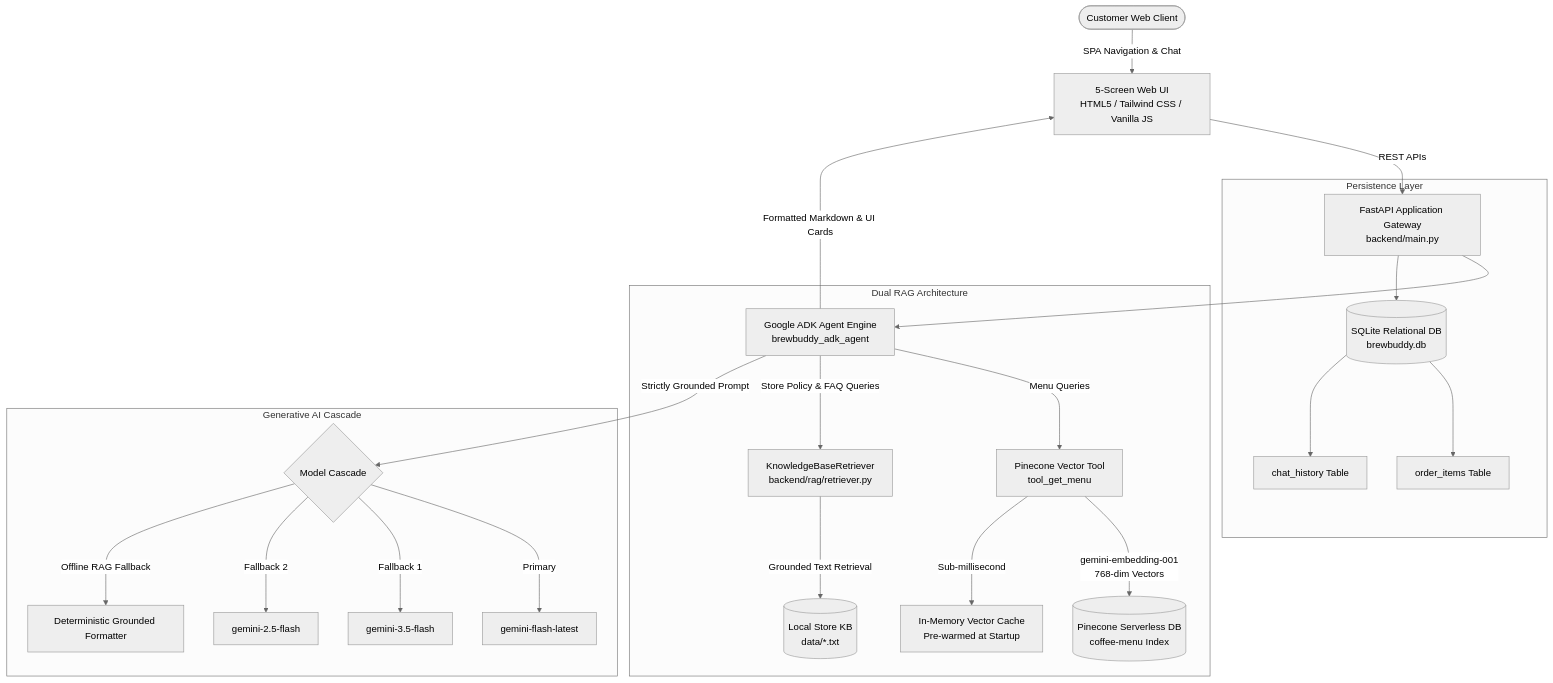
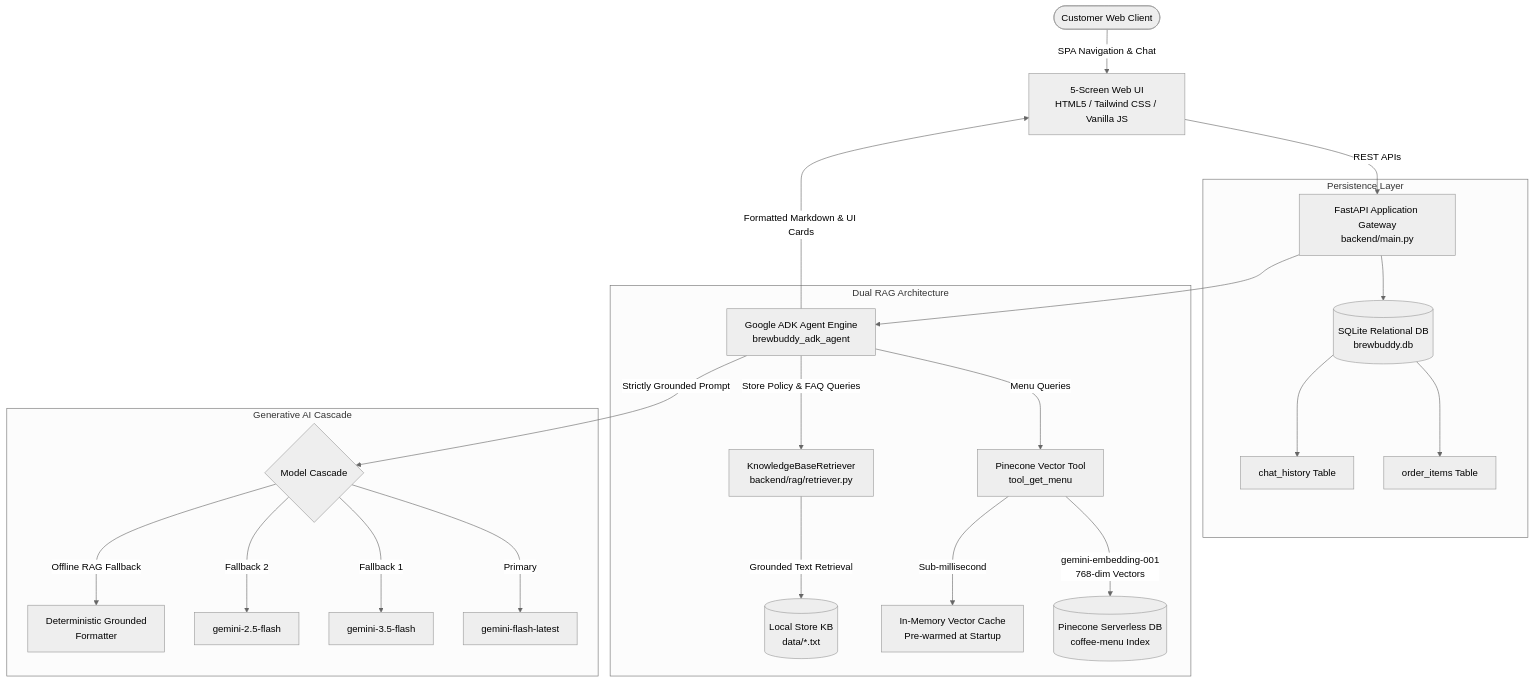
One commit to hemu2205/AI-Assistant-for-coffee-shop changed the diagram in README.md. Above: the diagram before and after it, drawn with Mermaid (neutral theme). The commit also changed other lines of this file, not shown here.

Commit message:
docs: finalize modern README with System Architecture, Dual RAG diagrams, and exact project structure

````diff
--- a/README.md
+++ b/README.md
@@ -33,39 +39,33 @@
 ```mermaid
 graph TD
-    %% Clients
     User([Customer Web Client]) -->|SPA Navigation & Chat| Frontend[5-Screen Web UI<br/>HTML5 / Tailwind CSS / Vanilla JS]
     
-    %% API Gateway
     Frontend -->|REST APIs| FastAPI[FastAPI Application Gateway<br/>backend/main.py]
     
-    %% Agent Layer
-    FastAPI --> ADKAgent[Google ADK Agent Engine<br/>brewbuddy_adk_agent]
-    
-    %% Dual RAG Subsystem
-    subgraph Dual RAG Architecture
-        ADKAgent -->|Menu Queries| VectorTool[Pinecone Vector Tool<br/>tool_get_menu]
-        VectorTool -->|gemini-embedding-001<br/>768-dim Vectors| PineconeIndex[(Pinecone Serverless DB<br/>coffee-menu Index)]
-        VectorTool -->|Sub-millisecond| WarmCache[In-Memory Vector Cache<br/>Pre-warmed at Startup]
-        
-        ADKAgent -->|Store Policy & FAQ Queries| PolicyRetriever[KnowledgeBaseRetriever<br/>backend/rag/retriever.py]
-        PolicyRetriever -->|Grounded Text Retrieval| StoreData[(Local Store KB<br/>data/*.txt)]
-    end
-    
-    %% Storage Subsystem
     subgraph Persistence Layer
         FastAPI --> SQLite[(SQLite Relational DB<br/>brewbuddy.db)]
         SQLite --> OrderTable[order_items Table]
-        SQLite --> HistoryTable[chat_history Table]
+        SQLite --> ChatTable[chat_history Table]
     end
     
-    %% Generative Model Layer
+    FastAPI --> ADKAgent[Google ADK Agent Engine<br/>brewbuddy_adk_agent]
+    
+    subgraph Dual RAG Architecture
+        ADKAgent -->|Menu Queries| PineconeTool[Pinecone Vector Tool<br/>tool_get_menu]
+        PineconeTool -->|gemini-embedding-001<br/>768-dim Vectors| PineconeDB[(Pinecone Serverless DB<br/>coffee-menu Index)]
+        PineconeTool -->|Sub-millisecond| LocalCache[In-Memory Vector Cache<br/>Pre-warmed at Startup]
+        
+        ADKAgent -->|Store Policy & FAQ Queries| FAQRetriever[KnowledgeBaseRetriever<br/>backend/rag/retriever.py]
+        FAQRetriever -->|Grounded Text Retrieval| StoreKB[(Local Store KB<br/>data/*.txt)]
+    end
+    
     subgraph Generative AI Cascade
-        ADKAgent -->|Strictly Grounded Prompt| GenAICascade{Model Cascade}
-        GenAICascade -->|Primary| GeminiFlash[gemini-flash-latest]
-        GenAICascade -->|Fallback 1| Gemini35[gemini-3.5-flash]
-        GenAICascade -->|Fallback 2| Gemini25[gemini-2.5-flash]
-        GenAICascade -->|Offline RAG Fallback| DeterministicEngine[Deterministic Grounded Formatter]
+        ADKAgent -->|Strictly Grounded Prompt| Cascade{Model Cascade}
+        Cascade -->|Primary| GeminiFlash[gemini-flash-latest]
+        Cascade -->|Fallback 1| Gemini35[gemini-3.5-flash]
+        Cascade -->|Fallback 2| Gemini25[gemini-2.5-flash]
+        Cascade -->|Offline RAG Fallback| GroundedFallback[Deterministic Grounded<br/>Formatter]
     end
     
     ADKAgent -->|Formatted Markdown & UI Cards| Frontend
 ```
````
